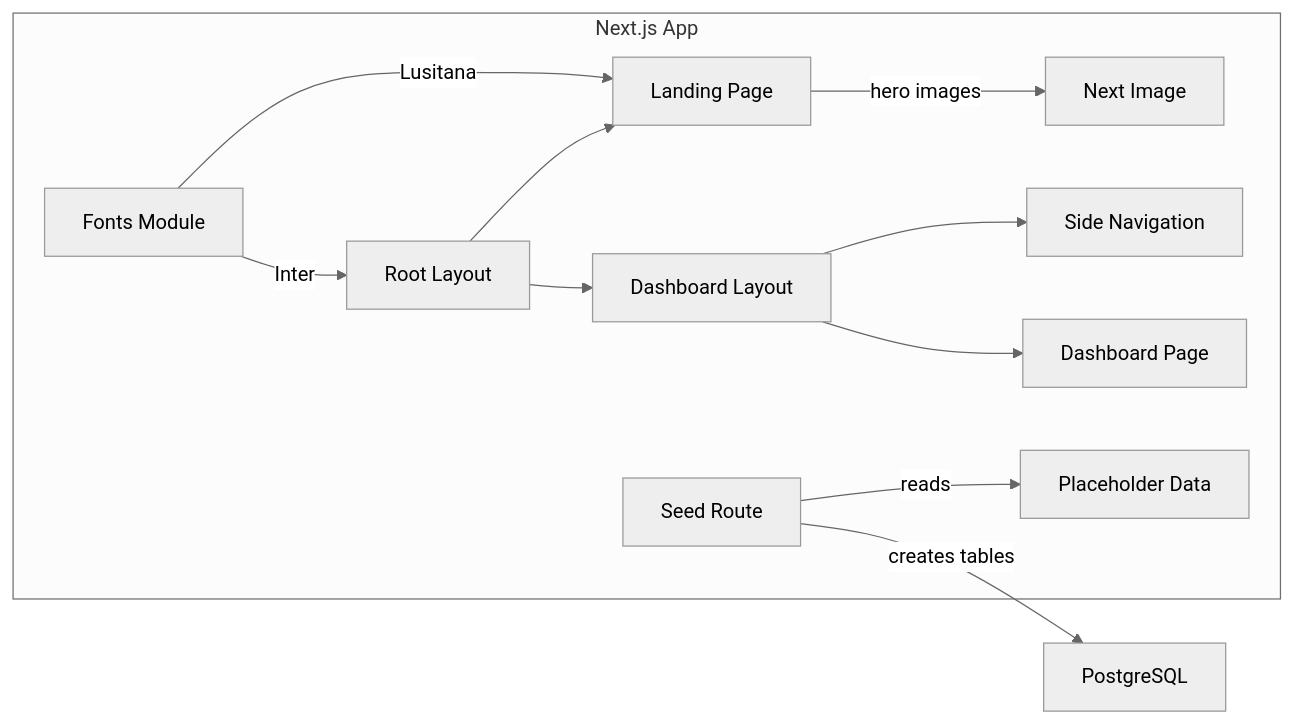
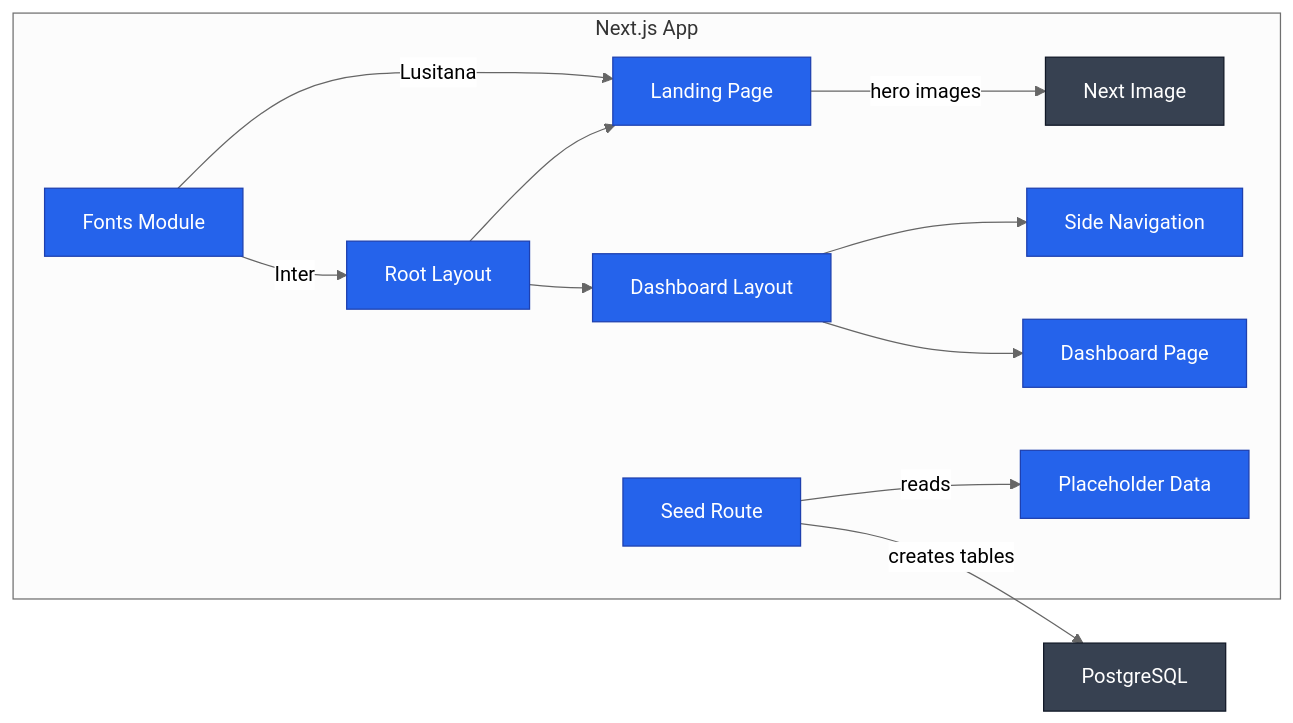
One commit to risingOnIP/next_starter changed the diagram in README.md. Above: the diagram before and after it, drawn with Mermaid. The commit also changed other lines of this file, not shown here.

Commit message:
docs: add banner, color diagram, and replace limitations with notes

````diff
--- a/README.md
+++ b/README.md
@@ -36,15 +38,22 @@
 ```mermaid
 %%{init: {"theme": "neutral"}}%%
 flowchart LR
     subgraph app["Next.js App"]
         fonts["Fonts Module"] -->|"Inter"| rootLayout["Root Layout"]
         fonts -->|"Lusitana"| landing["Landing Page"]
         rootLayout --> landing
         rootLayout --> dashLayout["Dashboard Layout"]
         landing -->|"hero images"| images["Next Image"]
         dashLayout --> sideNav["Side Navigation"]
         dashLayout --> dashPage["Dashboard Page"]
         seed["Seed Route"] -->|"reads"| placeholder["Placeholder Data"]
     end
     seed -->|"creates tables"| db["PostgreSQL"]
+    classDef core fill:#2563EB,stroke:#1E40AF,color:#FFFFFF
+    classDef guard fill:#15803D,stroke:#166534,color:#FFFFFF
+    classDef threat fill:#B45309,stroke:#92400E,color:#FFFFFF
+    classDef infra fill:#374151,stroke:#111827,color:#FFFFFF
+    classDef external fill:#F3F4F6,stroke:#6B7280,color:#111827
+    class fonts,rootLayout,landing,dashLayout,sideNav,dashPage,seed,placeholder core
+    class images,db infra
 ```
````
